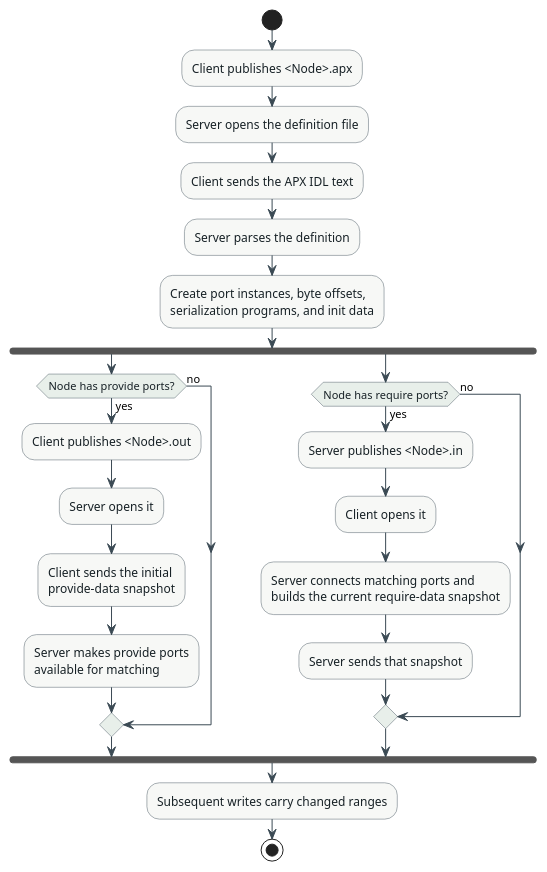
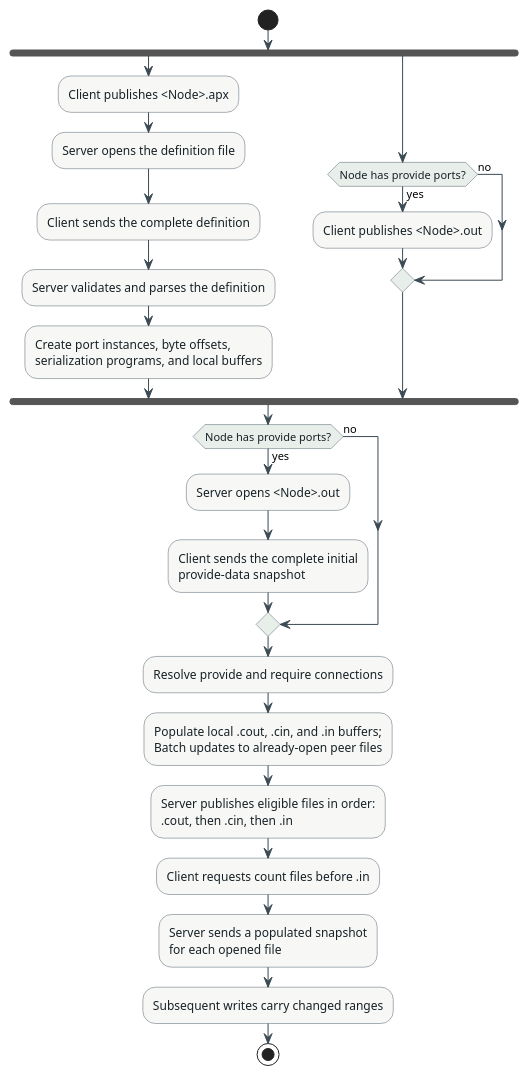
One commit to cogu/apx changed the diagram in diagrams/session-node-bootstrap.puml. Above: the diagram before and after it, drawn with PlantUML. The commit also changed 7 other files, not shown here.

```diff
--- a/diagrams/session-node-bootstrap.puml
+++ b/diagrams/session-node-bootstrap.puml
@@ -1,41 +1,42 @@
 @startuml
 skinparam backgroundColor transparent
 skinparam shadowing false
 skinparam defaultFontName sans-serif
 skinparam activity {
   BackgroundColor #F7F8F6
   BorderColor #53616A
   DiamondBackgroundColor #E8EFEA
   DiamondBorderColor #53616A
   FontColor #172126
 }
 skinparam ArrowColor #3B4A54
 
 start
-:Client publishes <Node>.apx;
-:Server opens the definition file;
-:Client sends the APX IDL text;
-:Server parses the definition;
-:Create port instances, byte offsets,\nserialization programs, and init data;
-
 fork
+  :Client publishes <Node>.apx;
+  :Server opens the definition file;
+  :Client sends the complete definition;
+  :Server validates and parses the definition;
+  :Create port instances, byte offsets,\nserialization programs, and local buffers;
+fork again
   if (Node has provide ports?) then (yes)
     :Client publishes <Node>.out;
-    :Server opens it;
-    :Client sends the initial\nprovide-data snapshot;
-    :Server makes provide ports\navailable for matching;
-  else (no)
-  endif
-fork again
-  if (Node has require ports?) then (yes)
-    :Server publishes <Node>.in;
-    :Client opens it;
-    :Server connects matching ports and\nbuilds the current require-data snapshot;
-    :Server sends that snapshot;
   else (no)
   endif
 end fork
 
+if (Node has provide ports?) then (yes)
+  :Server opens <Node>.out;
+  :Client sends the complete initial\nprovide-data snapshot;
+else (no)
+endif
+
+:Resolve provide and require connections;
+:Populate local .cout, .cin, and .in buffers;\nBatch updates to already-open peer files;
+:Server publishes eligible files in order:\n.cout, then .cin, then .in;
+:Client requests count files before .in;
+:Server sends a populated snapshot\nfor each opened file;
+
 :Subsequent writes carry changed ranges;
 stop
 @enduml
```
